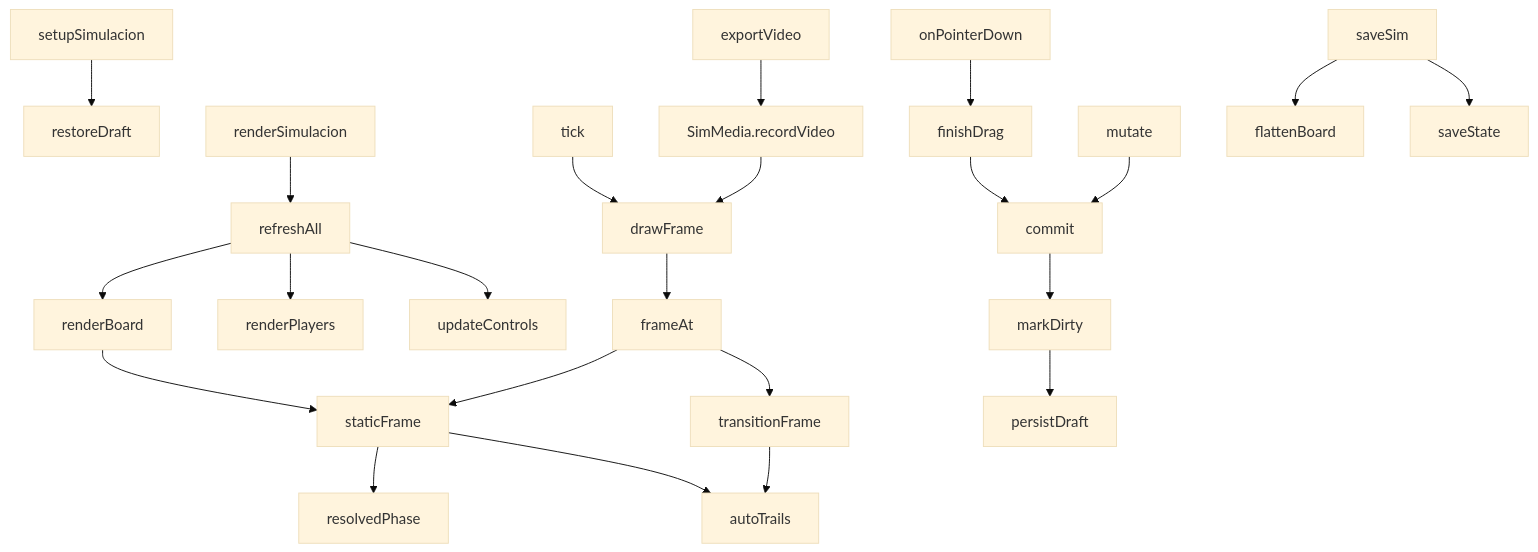
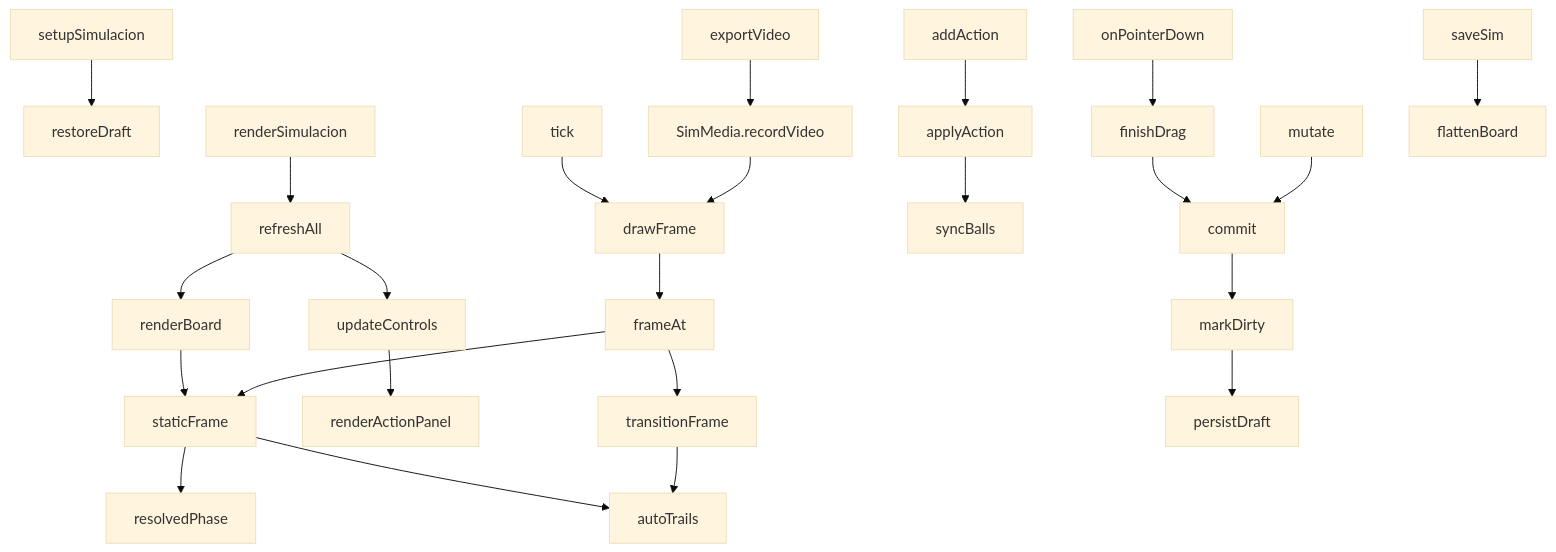
Before and after one commit to Lechuza22/DtCommander: the diagram in codemap/js/simulacion.md, drawn with Mermaid (base theme). The commit also changed other lines of this file, not shown here.

````diff
--- a/codemap/js/simulacion.md
+++ b/codemap/js/simulacion.md
@@ -47,21 +54,20 @@
 ```mermaid
 flowchart TD
     setupSimulacion --> restoreDraft
     renderSimulacion --> refreshAll
     refreshAll --> renderBoard --> staticFrame
-    refreshAll --> renderPlayers
-    refreshAll --> updateControls
+    refreshAll --> updateControls --> renderActionPanel
 
     staticFrame --> resolvedPhase
     staticFrame --> autoTrails
     frameAt --> staticFrame
     frameAt --> transitionFrame --> autoTrails
     drawFrame --> frameAt
     tick --> drawFrame
     exportVideo --> recordVideo["SimMedia.recordVideo"] --> drawFrame
 
+    addAction --> applyAction --> syncBalls
     onPointerDown --> finishDrag --> commit
     mutate --> commit --> markDirty --> persistDraft
     saveSim --> flattenBoard
-    saveSim --> saveState
 ```
````
